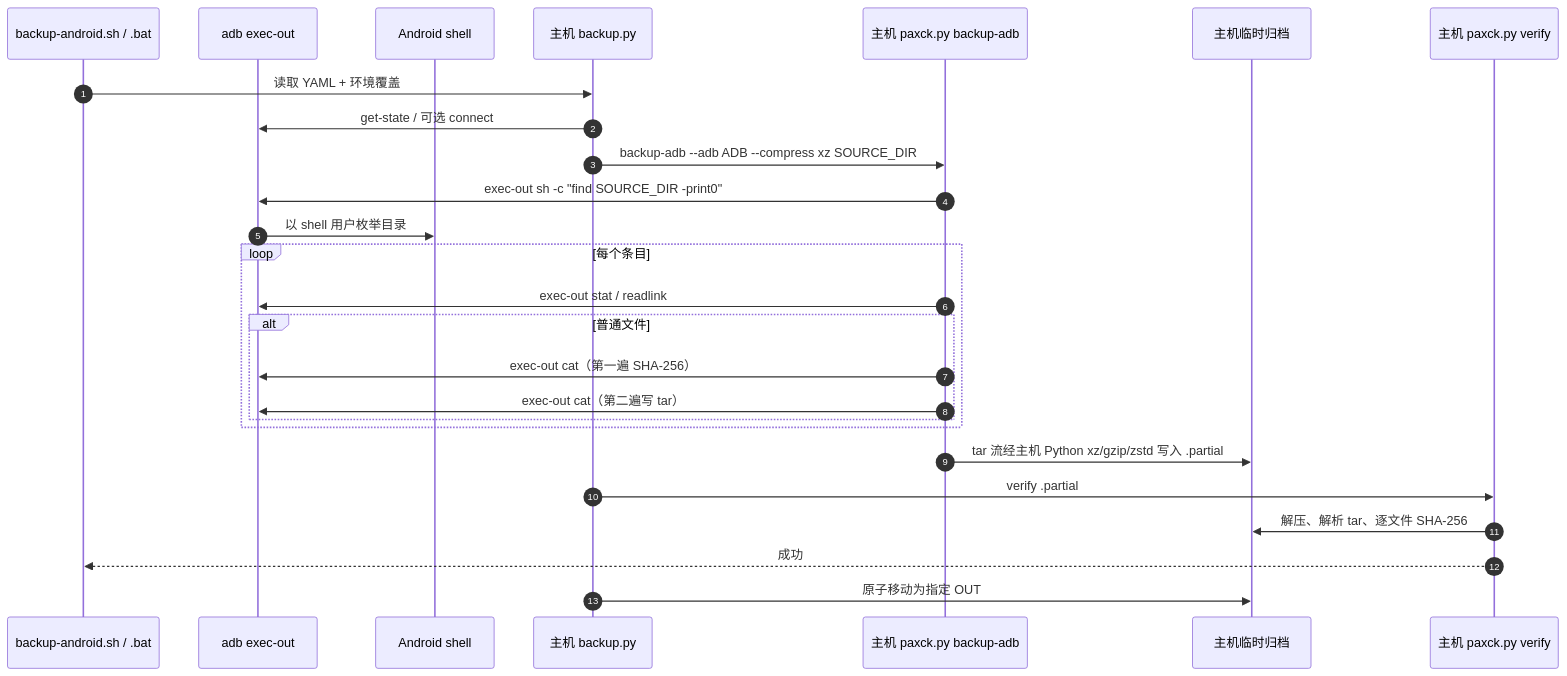
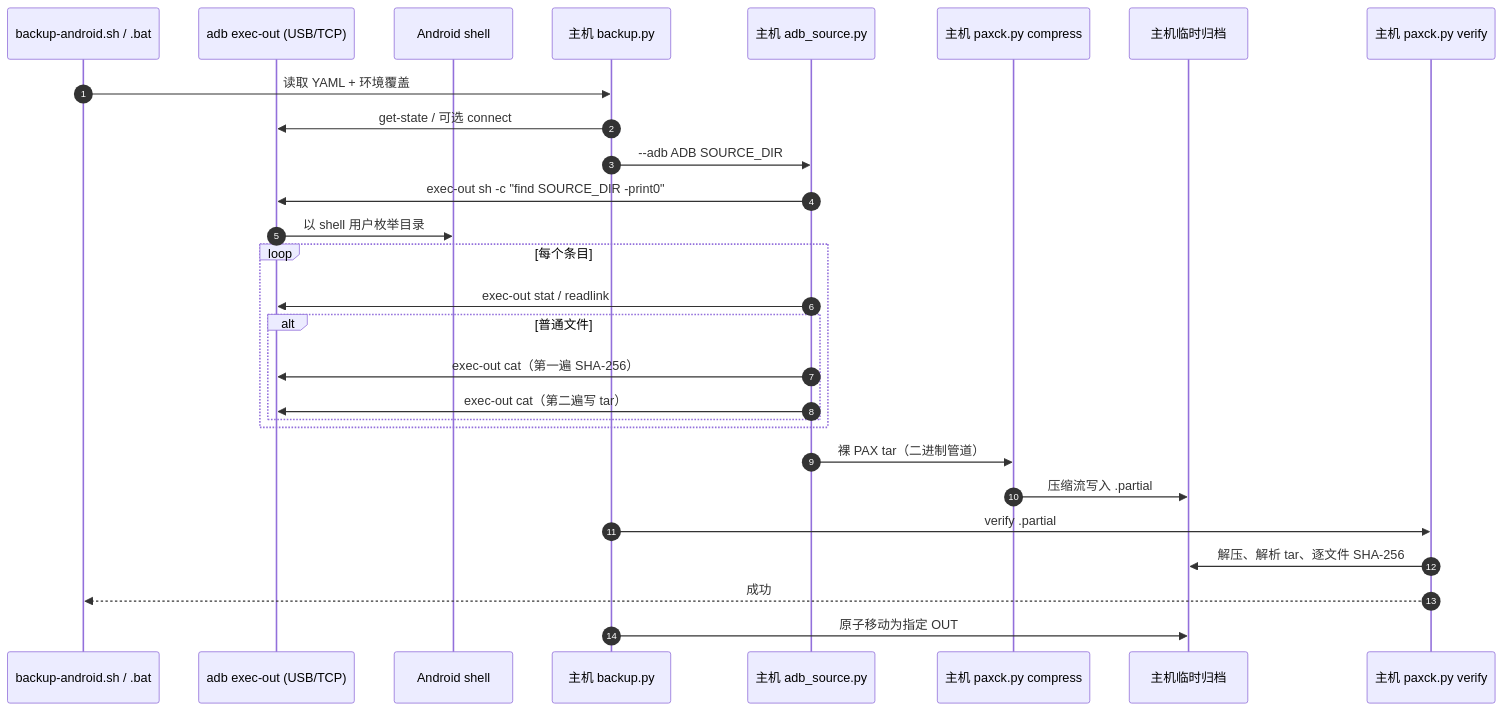
The first of 2 diagrams in docs/flow.md (What410802/AndBackup), drawn with Mermaid before and after one commit. The commit also changed other lines of this file and 12 other files, not shown here.

````diff
--- a/docs/flow.md
+++ b/docs/flow.md
@@ -9,29 +25,31 @@
 ```mermaid
 sequenceDiagram
     autonumber
     participant SH as backup-android.sh / .bat
-    participant ADB as adb exec-out
+    participant ADB as adb exec-out (USB/TCP)
     participant SYS as Android shell
     participant BP as 主机 backup.py
-    participant PX as 主机 paxck.py backup-adb
+    participant AS as 主机 adb_source.py
+    participant PX as 主机 paxck.py compress
     participant DISK as 主机临时归档
     participant VFY as 主机 paxck.py verify
 
     SH->>BP: 读取 YAML + 环境覆盖
     BP->>ADB: get-state / 可选 connect
-    BP->>PX: backup-adb --adb ADB --compress xz SOURCE_DIR
-    PX->>ADB: exec-out sh -c "find SOURCE_DIR -print0"
+    BP->>AS: --adb ADB SOURCE_DIR
+    AS->>ADB: exec-out sh -c "find SOURCE_DIR -print0"
     ADB->>SYS: 以 shell 用户枚举目录
     loop 每个条目
-        PX->>ADB: exec-out stat / readlink
+        AS->>ADB: exec-out stat / readlink
         alt 普通文件
-            PX->>ADB: exec-out cat（第一遍 SHA-256）
-            PX->>ADB: exec-out cat（第二遍写 tar）
+            AS->>ADB: exec-out cat（第一遍 SHA-256）
+            AS->>ADB: exec-out cat（第二遍写 tar）
         end
     end
-    PX->>DISK: tar 流经主机 Python xz/gzip/zstd 写入 .partial
+    AS->>PX: 裸 PAX tar（二进制管道）
+    PX->>DISK: 压缩流写入 .partial
     BP->>VFY: verify .partial
     VFY->>DISK: 解压、解析 tar、逐文件 SHA-256
     VFY-->>SH: 成功
     BP->>DISK: 原子移动为指定 OUT
 ```
````
